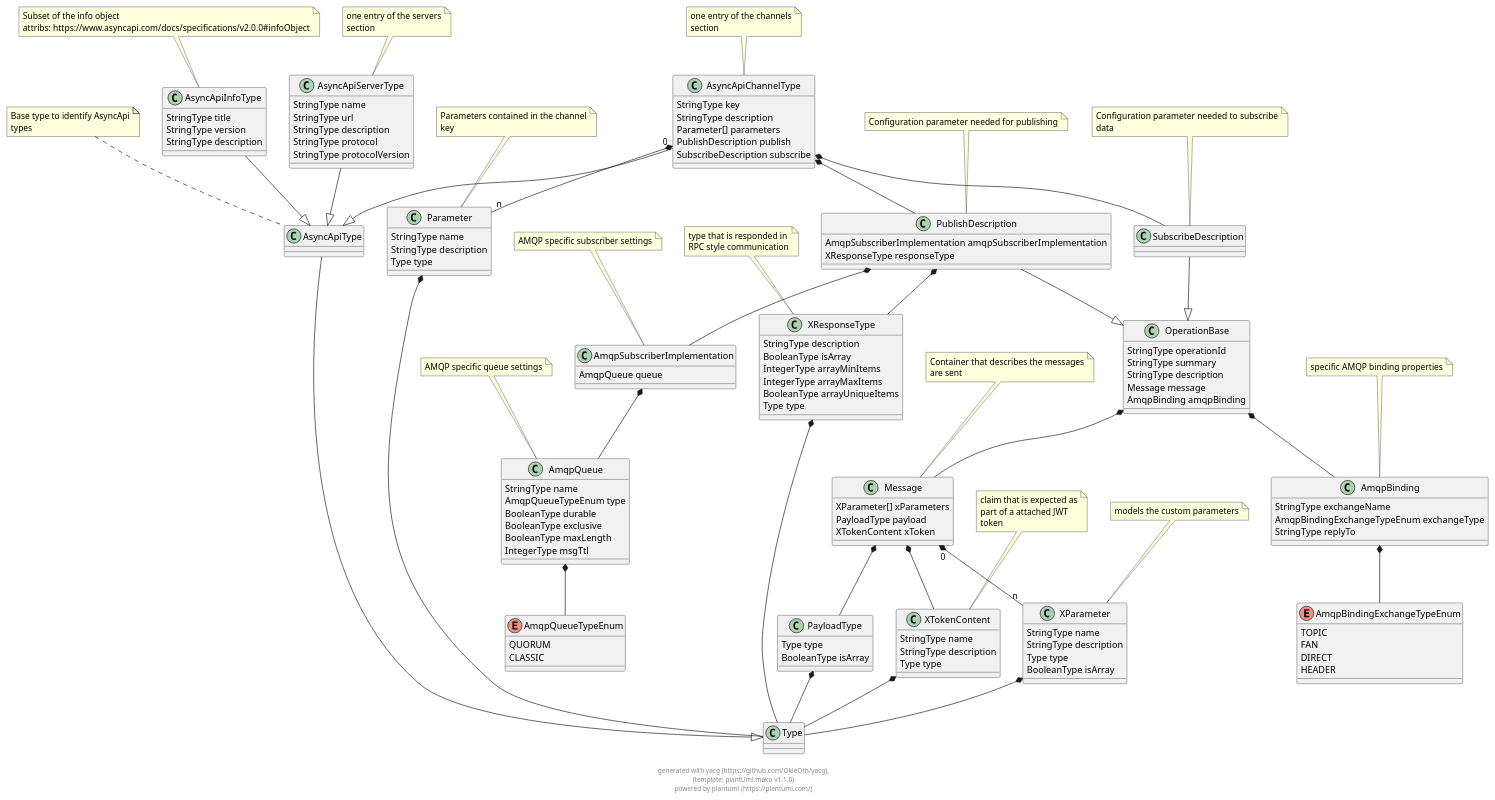
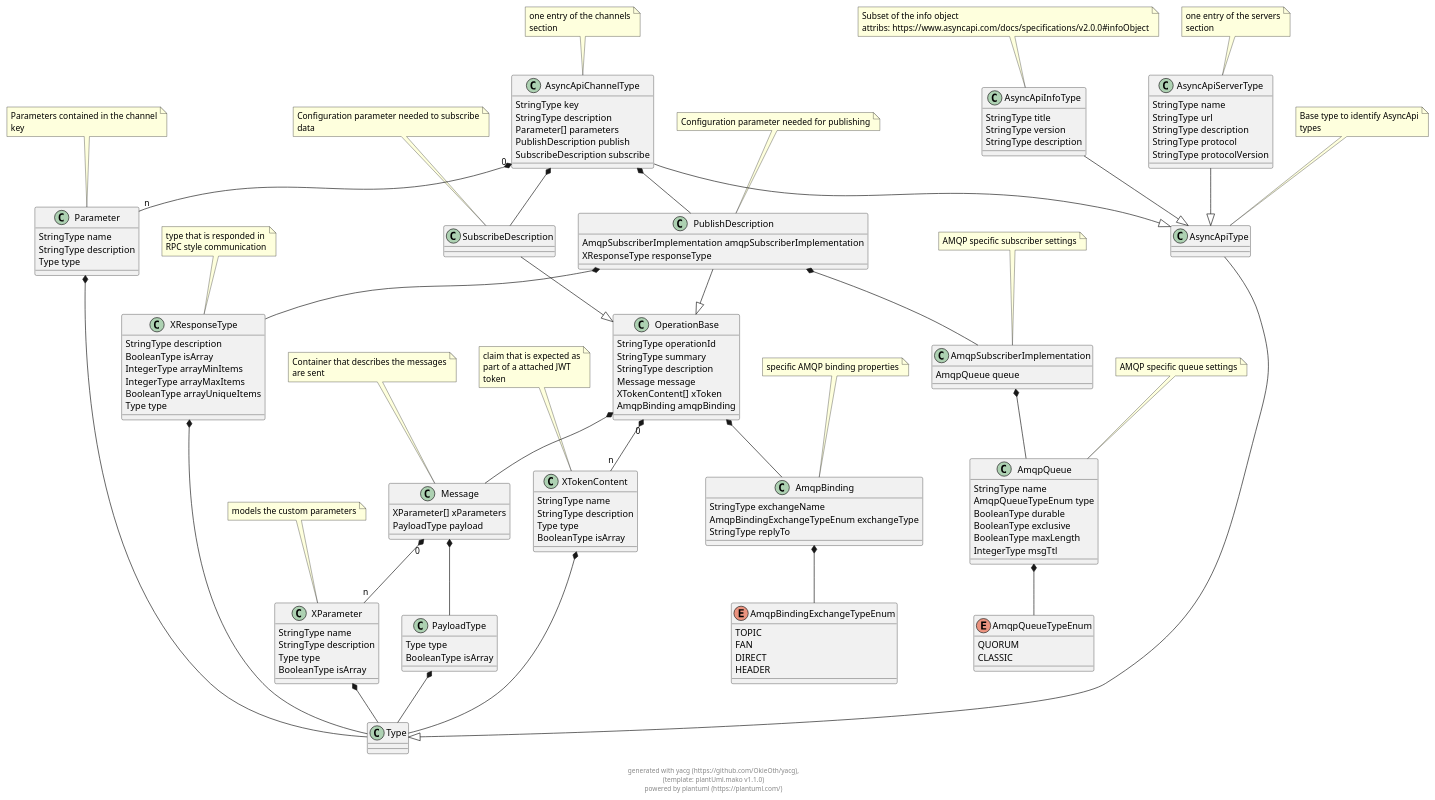
One commit to SpeedsterF2/yacg changed the diagram in docs/puml/yacg_asyncapi.puml. Above: the diagram before and after it, drawn with PlantUML. The commit also changed 6 other files, not shown here.

```diff
--- a/docs/puml/yacg_asyncapi.puml
+++ b/docs/puml/yacg_asyncapi.puml
@@ -6,6 +6,7 @@
         StringType summary 
         StringType description 
         Message message 
+        XTokenContent[] xToken 
         AmqpBinding amqpBinding 
 }
 
@@ -13,10 +14,18 @@
 class Message {
         XParameter[] xParameters 
         PayloadType payload 
-        XTokenContent xToken 
 }
 
 note top: Container that describes the messages\nare sent
+
+class XTokenContent {
+        StringType name 
+        StringType description 
+        Type type 
+        BooleanType isArray 
+}
+
+note top: claim that is expected as\npart of a attached JWT\ntoken
 
 class AmqpBinding {
         StringType exchangeName 
@@ -117,14 +126,6 @@
 }
 
 
-class XTokenContent {
-        StringType name 
-        StringType description 
-        Type type 
-}
-
-note top: claim that is expected as\npart of a attached JWT\ntoken
-
 enum AmqpBindingExchangeTypeEnum {
     TOPIC
     FAN
@@ -154,6 +155,8 @@
     
 OperationBase  *--  Message        
             
+OperationBase "0" *-- "n" XTokenContent        
+            
 OperationBase  *--  AmqpBinding        
             
     
@@ -161,7 +164,8 @@
             
 Message  *--  PayloadType        
             
-Message  *--  XTokenContent        
+    
+XTokenContent  *--  Type        
             
     
 AmqpBinding  *--  AmqpBindingExchangeTypeEnum        
@@ -198,9 +202,6 @@
 PayloadType  *--  Type        
             
     
-XTokenContent  *--  Type        
-            
-    
     
 AmqpQueue  *--  AmqpQueueTypeEnum        
             
```
